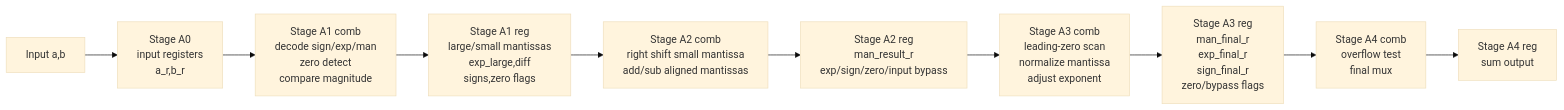
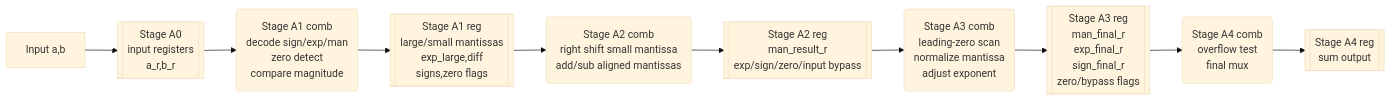
The second of 11 diagrams in ARCHITECTURE.md (RESBI/FPGA-Mandelbrot-Demo), drawn with Mermaid (base theme) before and after one commit. The commit also changed other lines of this file, not shown here.

Commit message:
Differentiate pipeline diagram stages

````diff
--- a/ARCHITECTURE.md
+++ b/ARCHITECTURE.md
@@ -255,12 +257,12 @@
 ```mermaid
 flowchart LR
-    IN["Input a,b"] --> R0["Stage A0<br/>input registers<br/>a_r,b_r"]
-    R0 --> D0["Stage A1 comb<br/>decode sign/exp/man<br/>zero detect<br/>compare magnitude"]
-    D0 --> R1["Stage A1 reg<br/>large/small mantissas<br/>exp_large,diff<br/>signs,zero flags"]
-    R1 --> ALIGN["Stage A2 comb<br/>right shift small mantissa<br/>add/sub aligned mantissas"]
-    ALIGN --> R2["Stage A2 reg<br/>man_result_r<br/>exp/sign/zero/input bypass"]
-    R2 --> LZ["Stage A3 comb<br/>leading-zero scan<br/>normalize mantissa<br/>adjust exponent"]
-    LZ --> R3["Stage A3 reg<br/>man_final_r<br/>exp_final_r<br/>sign_final_r<br/>zero/bypass flags"]
-    R3 --> OF["Stage A4 comb<br/>overflow test<br/>final mux"]
-    OF --> OUT["Stage A4 reg<br/>sum output"]
+    IN["Input a,b"] --> R0[["Stage A0<br/>input registers<br/>a_r,b_r"]]
+    R0 --> D0("Stage A1 comb<br/>decode sign/exp/man<br/>zero detect<br/>compare magnitude")
+    D0 --> R1[["Stage A1 reg<br/>large/small mantissas<br/>exp_large,diff<br/>signs,zero flags"]]
+    R1 --> ALIGN("Stage A2 comb<br/>right shift small mantissa<br/>add/sub aligned mantissas")
+    ALIGN --> R2[["Stage A2 reg<br/>man_result_r<br/>exp/sign/zero/input bypass"]]
+    R2 --> LZ("Stage A3 comb<br/>leading-zero scan<br/>normalize mantissa<br/>adjust exponent")
+    LZ --> R3[["Stage A3 reg<br/>man_final_r<br/>exp_final_r<br/>sign_final_r<br/>zero/bypass flags"]]
+    R3 --> OF("Stage A4 comb<br/>overflow test<br/>final mux")
+    OF --> OUT[["Stage A4 reg<br/>sum output"]]
 ```
````
